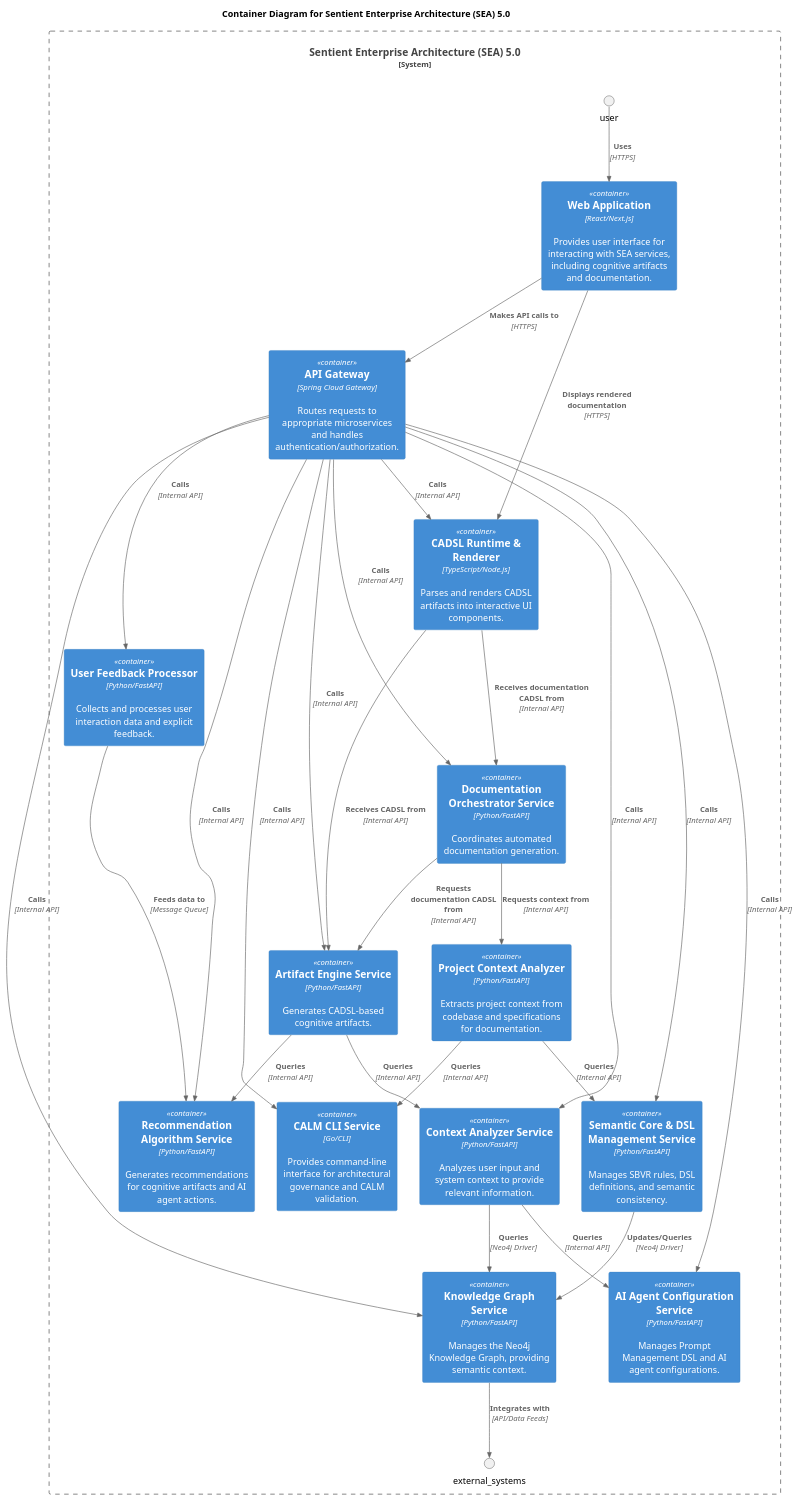
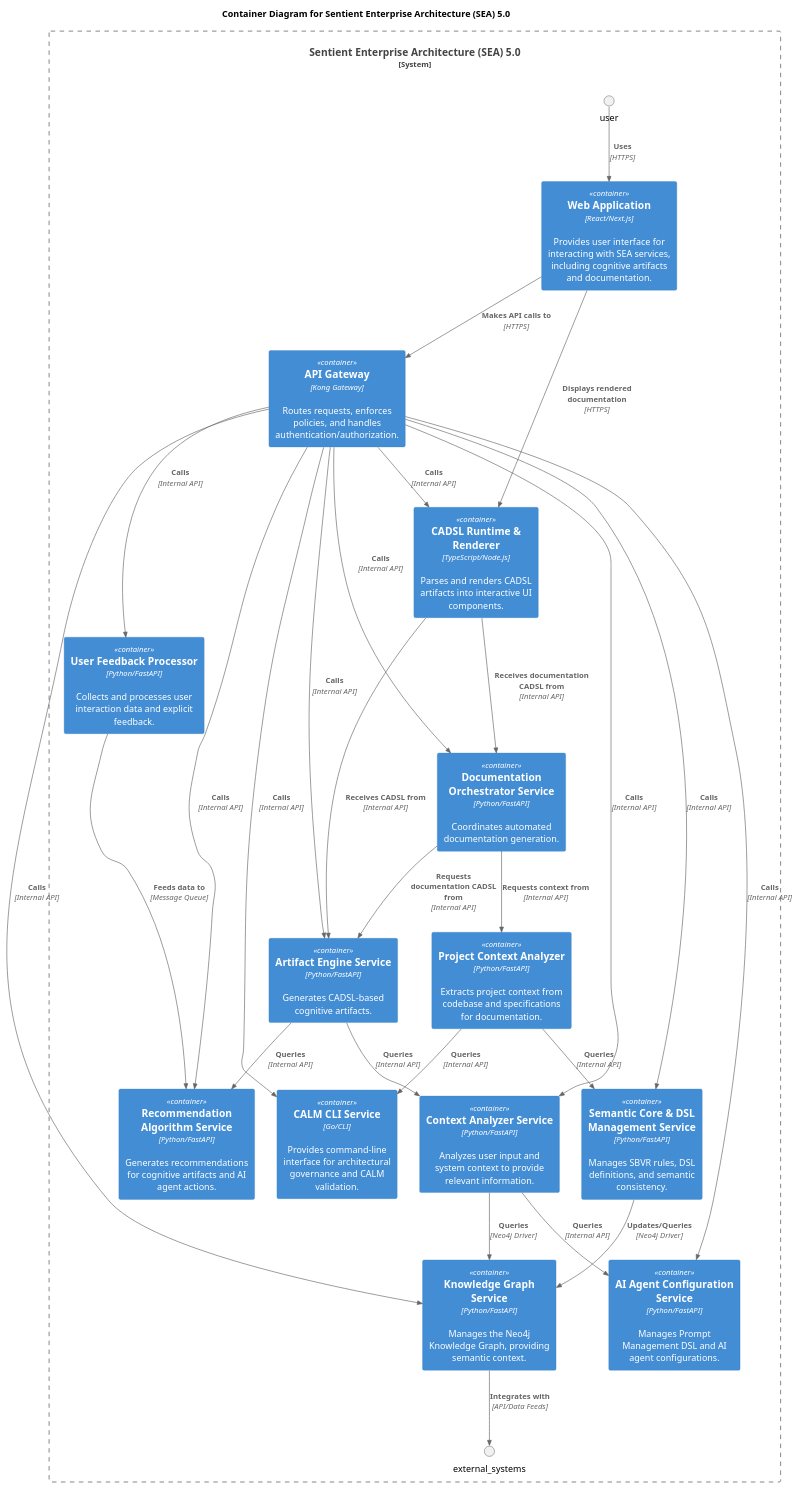
Before and after one commit to GodSpeedAI/SEA: the diagram in docs/09-working-documents/c4-container-v5.puml, drawn with PlantUML. The commit also changed 39 other files, not shown here.

First line of the commit message:
Refactor documentation and architecture diagrams for SEA 5.0

```diff
--- a/docs/09-working-documents/c4-container-v5.puml
+++ b/docs/09-working-documents/c4-container-v5.puml
@@ -1,56 +1,56 @@
 @startuml
 !include https://raw.githubusercontent.com/plantuml-stdlib/C4-PlantUML/master/C4_Container.puml
 
 TITLE Container Diagram for Sentient Enterprise Architecture (SEA) 5.0
 
 System_Boundary(sea_5_0, "Sentient Enterprise Architecture (SEA) 5.0") {
 
     Container(web_app, "Web Application", "React/Next.js", "Provides user interface for interacting with SEA services, including cognitive artifacts and documentation.")
-    Container(api_gateway, "API Gateway", "Spring Cloud Gateway", "Routes requests to appropriate microservices and handles authentication/authorization.")
+    Container(api_gateway, "API Gateway", "Kong Gateway", "Routes requests, enforces policies, and handles authentication/authorization.")
 
     Container(semantic_core_service, "Semantic Core & DSL Management Service", "Python/FastAPI", "Manages SBVR rules, DSL definitions, and semantic consistency.")
     Container(knowledge_graph_service, "Knowledge Graph Service", "Python/FastAPI", "Manages the Neo4j Knowledge Graph, providing semantic context.")
     Container(calm_cli_service, "CALM CLI Service", "Go/CLI", "Provides command-line interface for architectural governance and CALM validation.")
 
     Container(context_analyzer_service, "Context Analyzer Service", "Python/FastAPI", "Analyzes user input and system context to provide relevant information.")
     Container(recommendation_algorithm_service, "Recommendation Algorithm Service", "Python/FastAPI", "Generates recommendations for cognitive artifacts and AI agent actions.")
     Container(artifact_engine_service, "Artifact Engine Service", "Python/FastAPI", "Generates CADSL-based cognitive artifacts.")
     Container(cadsl_runtime_renderer, "CADSL Runtime & Renderer", "TypeScript/Node.js", "Parses and renders CADSL artifacts into interactive UI components.")
     Container(ai_agent_config_service, "AI Agent Configuration Service", "Python/FastAPI", "Manages Prompt Management DSL and AI agent configurations.")
     Container(user_feedback_processor, "User Feedback Processor", "Python/FastAPI", "Collects and processes user interaction data and explicit feedback.")
 
     Container(documentation_orchestrator, "Documentation Orchestrator Service", "Python/FastAPI", "Coordinates automated documentation generation.")
     Container(project_context_analyzer, "Project Context Analyzer", "Python/FastAPI", "Extracts project context from codebase and specifications for documentation.")
 
     Rel(user, web_app, "Uses", "HTTPS")
     Rel(web_app, api_gateway, "Makes API calls to", "HTTPS")
     Rel(api_gateway, semantic_core_service, "Calls", "Internal API")
     Rel(api_gateway, knowledge_graph_service, "Calls", "Internal API")
     Rel(api_gateway, calm_cli_service, "Calls", "Internal API")
     Rel(api_gateway, context_analyzer_service, "Calls", "Internal API")
     Rel(api_gateway, recommendation_algorithm_service, "Calls", "Internal API")
     Rel(api_gateway, artifact_engine_service, "Calls", "Internal API")
     Rel(api_gateway, cadsl_runtime_renderer, "Calls", "Internal API")
     Rel(api_gateway, ai_agent_config_service, "Calls", "Internal API")
     Rel(api_gateway, user_feedback_processor, "Calls", "Internal API")
     Rel(api_gateway, documentation_orchestrator, "Calls", "Internal API")
 
     Rel(semantic_core_service, knowledge_graph_service, "Updates/Queries", "Neo4j Driver")
     Rel(knowledge_graph_service, external_systems, "Integrates with", "API/Data Feeds")
     Rel(context_analyzer_service, knowledge_graph_service, "Queries", "Neo4j Driver")
     Rel(context_analyzer_service, ai_agent_config_service, "Queries", "Internal API")
     Rel(artifact_engine_service, context_analyzer_service, "Queries", "Internal API")
     Rel(artifact_engine_service, recommendation_algorithm_service, "Queries", "Internal API")
     Rel(cadsl_runtime_renderer, artifact_engine_service, "Receives CADSL from", "Internal API")
     Rel(user_feedback_processor, recommendation_algorithm_service, "Feeds data to", "Message Queue")
 
     Rel(documentation_orchestrator, project_context_analyzer, "Requests context from", "Internal API")
     Rel(project_context_analyzer, semantic_core_service, "Queries", "Internal API")
     Rel(project_context_analyzer, calm_cli_service, "Queries", "Internal API")
     Rel(documentation_orchestrator, artifact_engine_service, "Requests documentation CADSL from", "Internal API")
     Rel(cadsl_runtime_renderer, documentation_orchestrator, "Receives documentation CADSL from", "Internal API")
     Rel(web_app, cadsl_runtime_renderer, "Displays rendered documentation", "HTTPS")
 
 }
 
 @enduml
```
